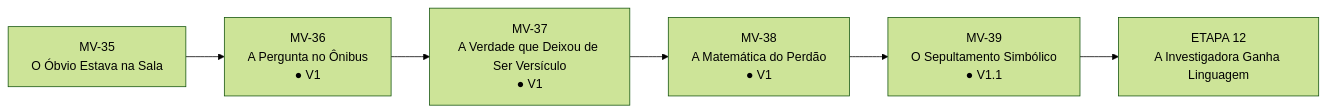
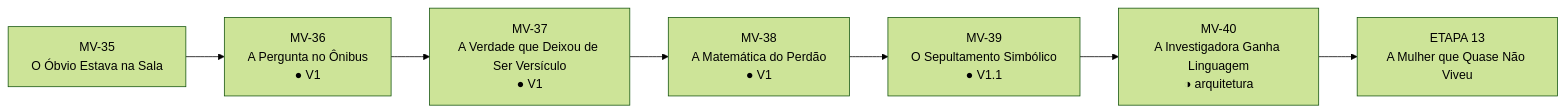
Before and after one commit to Sollimastudio/trilogia-sol-lima: the first of 4 diagrams in 01_MORTE_EM_VIDA/MAPA_VISUAL_PARTE_IV_ATUAL.md, drawn with Mermaid (forest theme). The commit also changed other lines of this file, not shown here.

Commit message:
Atualiza mapa visual para Etapa 12

````diff
--- a/01_MORTE_EM_VIDA/MAPA_VISUAL_PARTE_IV_ATUAL.md
+++ b/01_MORTE_EM_VIDA/MAPA_VISUAL_PARTE_IV_ATUAL.md
@@ -7,8 +7,9 @@
 ```mermaid
 flowchart LR
 A[MV-35\nO Óbvio Estava na Sala] --> B[MV-36\nA Pergunta no Ônibus\n● V1]
 B --> C[MV-37\nA Verdade que Deixou de Ser Versículo\n● V1]
 C --> D[MV-38\nA Matemática do Perdão\n● V1]
 D --> E[MV-39\nO Sepultamento Simbólico\n● V1.1]
-E --> F[ETAPA 12\nA Investigadora Ganha Linguagem]
+E --> F[MV-40\nA Investigadora Ganha Linguagem\n◑ arquitetura]
+F --> G[ETAPA 13\nA Mulher que Quase Não Viveu]
 ```
````
